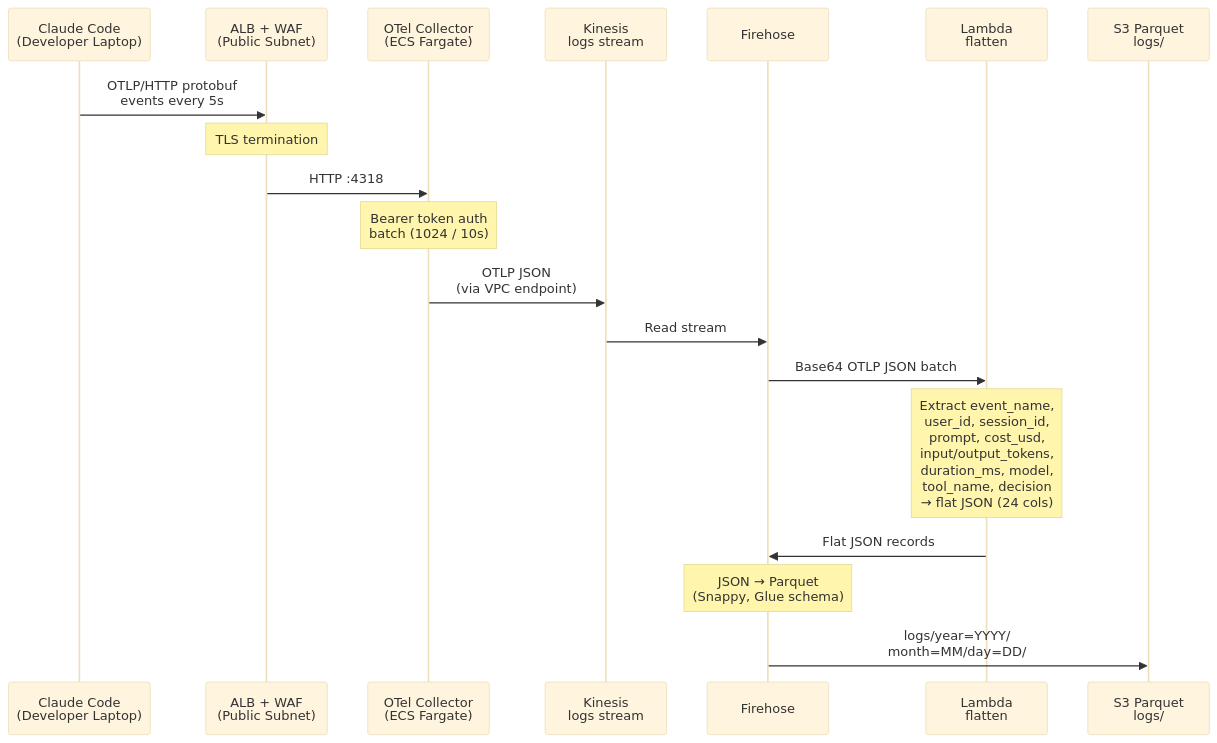
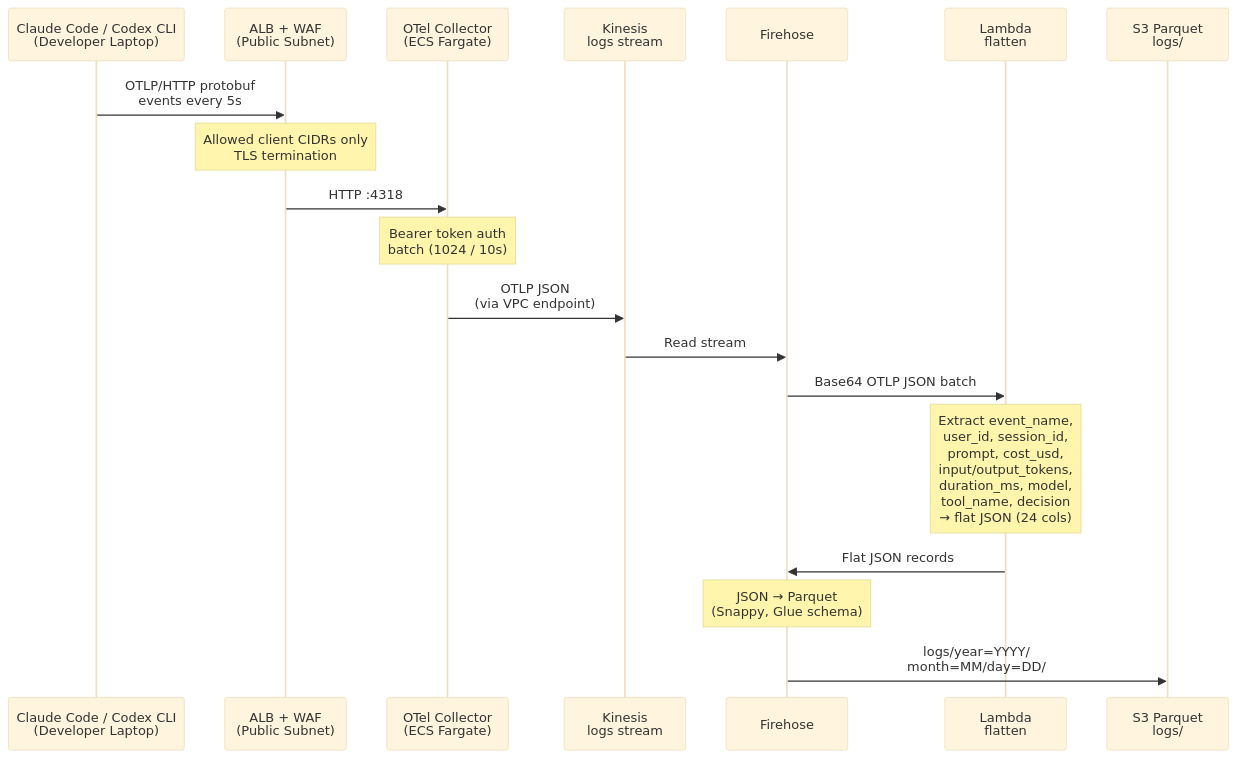
One commit to aws-samples/sample-serverless-observability-for-ai-coding-assistants changed the second of 5 diagrams in docs/data-flow.md. Above: the diagram before and after it, drawn with Mermaid (base theme). The commit also changed other lines of this file and 17 other files, not shown here.

````diff
--- a/docs/data-flow.md
+++ b/docs/data-flow.md
@@ -32,22 +32,22 @@
 ```mermaid
 sequenceDiagram
-    participant Dev as Claude Code<br/>(Developer Laptop)
+    participant Dev as Claude Code / Codex CLI<br/>(Developer Laptop)
     participant ALB as ALB + WAF<br/>(Public Subnet)
     participant Col as OTel Collector<br/>(ECS Fargate)
     participant KL as Kinesis<br/>logs stream
     participant FH as Firehose
     participant Lam as Lambda<br/>flatten
     participant S3 as S3 Parquet<br/>logs/
 
     Dev->>ALB: OTLP/HTTP protobuf<br/>events every 5s
-    Note over ALB: TLS termination
+    Note over ALB: Allowed client CIDRs only<br/>TLS termination
     ALB->>Col: HTTP :4318
     Note over Col: Bearer token auth<br/>batch (1024 / 10s)
     Col->>KL: OTLP JSON<br/>(via VPC endpoint)
     KL->>FH: Read stream
     FH->>Lam: Base64 OTLP JSON batch
     Note over Lam: Extract event_name,<br/>user_id, session_id,<br/>prompt, cost_usd,<br/>input/output_tokens,<br/>duration_ms, model,<br/>tool_name, decision<br/>→ flat JSON (24 cols)
     Lam->>FH: Flat JSON records
     Note over FH: JSON → Parquet<br/>(Snappy, Glue schema)
     FH->>S3: logs/year=YYYY/<br/>month=MM/day=DD/
 ```
````
